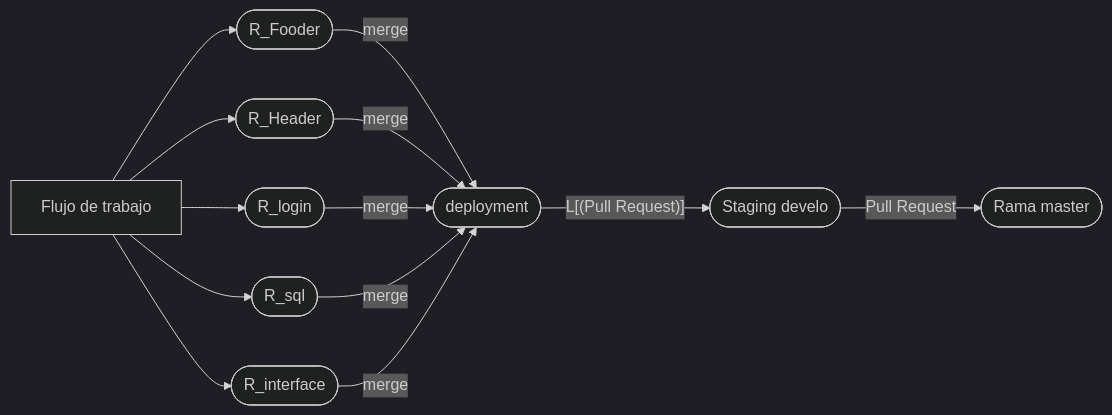
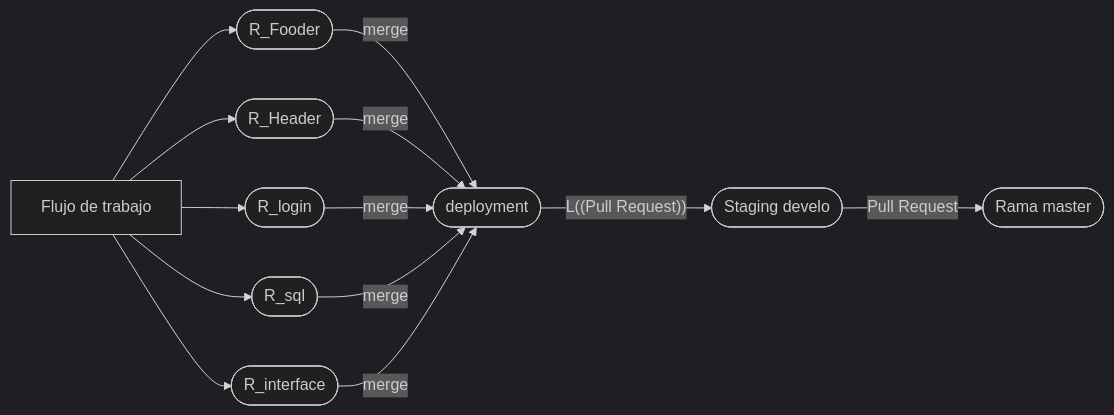
One commit to dczinil/git changed the third of 3 diagrams in Notas_del_curso_de_git.md. Above: the diagram before and after it, drawn with Mermaid (dark theme).

Commit message:
Trabajando en los graficos de flujo de trebajo p16 nuevo grafico

````diff
--- a/Notas_del_curso_de_git.md
+++ b/Notas_del_curso_de_git.md
@@ -253,10 +253,10 @@
 ```mermaid
 
 graph LR
 A[Flujo de trabajo]-->B([R_Fooder])--merge-->H
 A[Flujo de trabajo]-->C([R_Header])--merge-->H
 A[Flujo de trabajo]-->D([R_login])--merge-->H
 A[Flujo de trabajo]-->E([R_sql])--merge-->H
 A[Flujo de trabajo]-->G([R_interface])--merge-->H
-H([deployment])--L[(Pull Request)]-->I([Staging  develo])--Pull Request-->K([Rama master])
+H([deployment])--L((Pull Request))-->I([Staging  develo])--Pull Request-->K([Rama master])
 ```
````
